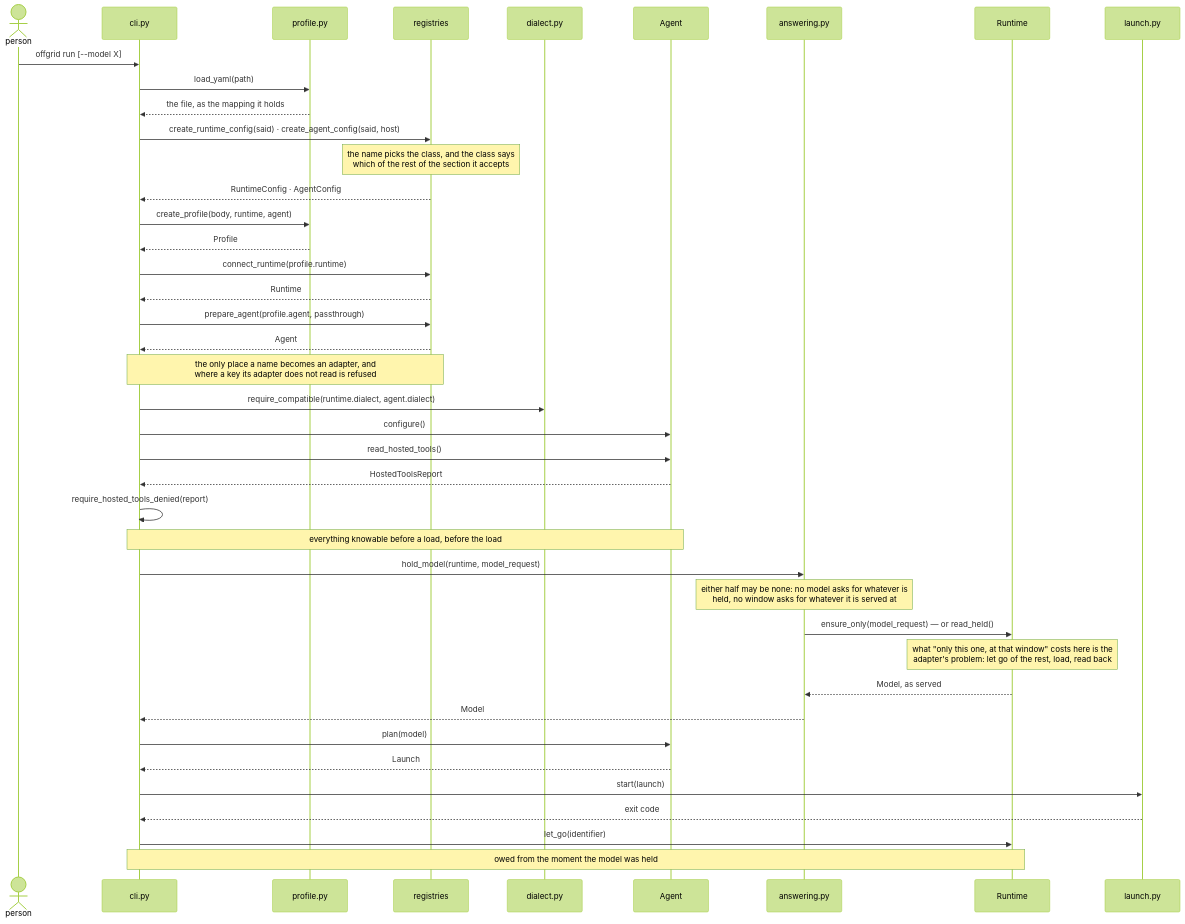
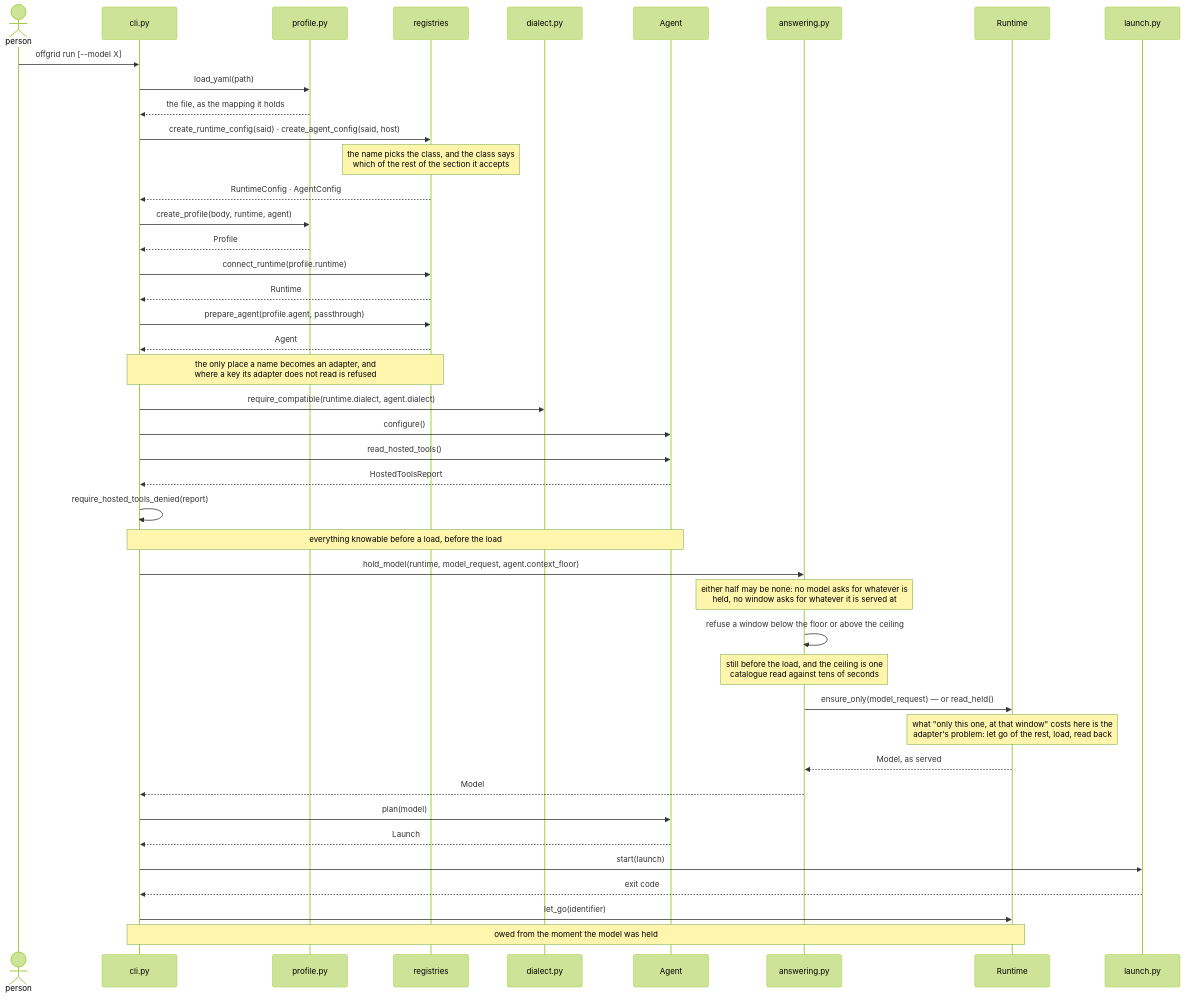
One commit to pvardanis/offgrid changed the second of 3 diagrams in docs/architecture.md. Above: the diagram before and after it, drawn with Mermaid (forest theme). The commit also changed other lines of this file and 6 other files, not shown here.

First line of the commit message:
refactor(model): measure a window against a number, not a runtime

````diff
--- a/docs/architecture.md
+++ b/docs/architecture.md
@@ -197,44 +197,46 @@
 ```mermaid
 sequenceDiagram
     actor P as person
     participant C as cli.py
     participant F as profile.py
     participant G as registries
     participant D as dialect.py
     participant A as Agent
     participant H as answering.py
     participant R as Runtime
     participant L as launch.py
 
     P->>C: offgrid run [--model X]
     C->>F: load_yaml(path)
     F-->>C: the file, as the mapping it holds
     C->>G: create_runtime_config(said) · create_agent_config(said, host)
     Note over G: the name picks the class, and the class says<br/>which of the rest of the section it accepts
     G-->>C: RuntimeConfig · AgentConfig
     C->>F: create_profile(body, runtime, agent)
     F-->>C: Profile
     C->>G: connect_runtime(profile.runtime)
     G-->>C: Runtime
     C->>G: prepare_agent(profile.agent, passthrough)
     G-->>C: Agent
     Note over C,G: the only place a name becomes an adapter, and<br/>where a key its adapter does not read is refused
     C->>D: require_compatible(runtime.dialect, agent.dialect)
     C->>A: configure()
     C->>A: read_hosted_tools()
     A-->>C: HostedToolsReport
     C->>C: require_hosted_tools_denied(report)
     Note over C,A: everything knowable before a load, before the load
-    C->>H: hold_model(runtime, model_request)
+    C->>H: hold_model(runtime, model_request, agent.context_floor)
     Note over H: either half may be none: no model asks for whatever is<br/>held, no window asks for whatever it is served at
+    H->>H: refuse a window below the floor or above the ceiling
+    Note over H: still before the load, and the ceiling is one<br/>catalogue read against tens of seconds
     H->>R: ensure_only(model_request) — or read_held()
     Note over R: what "only this one, at that window" costs here is the<br/>adapter's problem: let go of the rest, load, read back
     R-->>H: Model, as served
     H-->>C: Model
     C->>A: plan(model)
     A-->>C: Launch
     C->>L: start(launch)
     L-->>C: exit code
     C->>R: let_go(identifier)
     Note over C,R: owed from the moment the model was held
 ```
````
